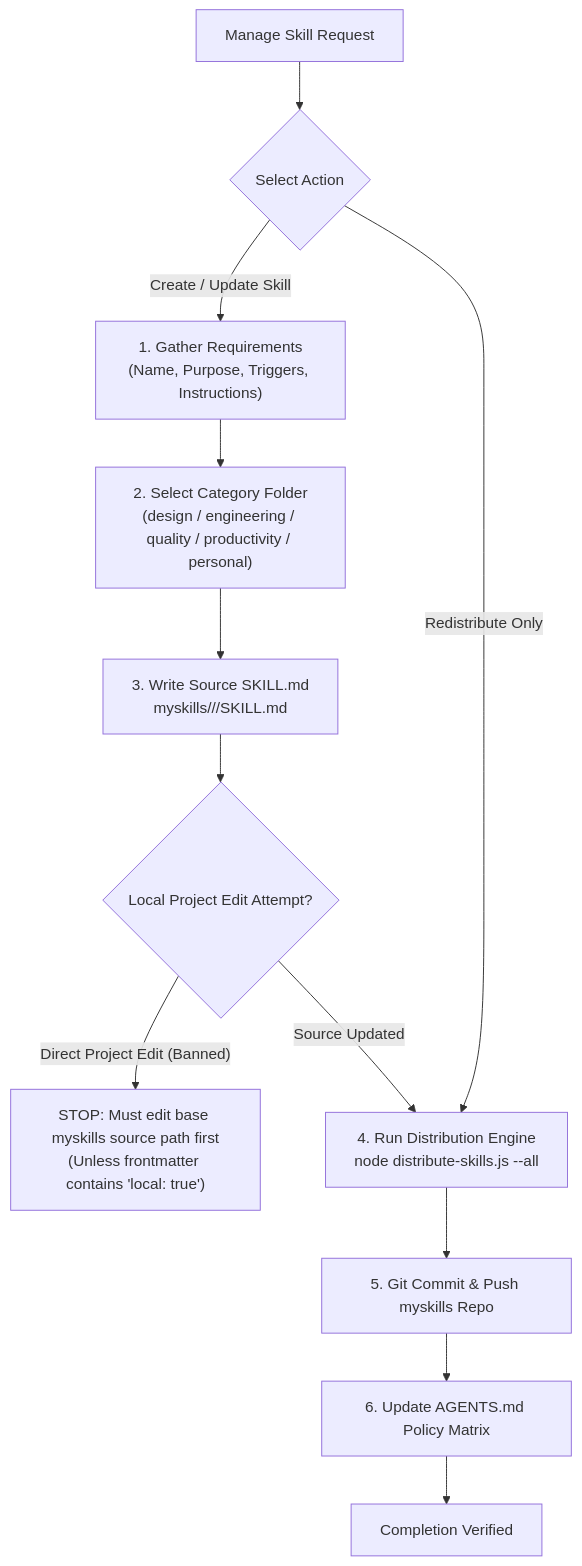
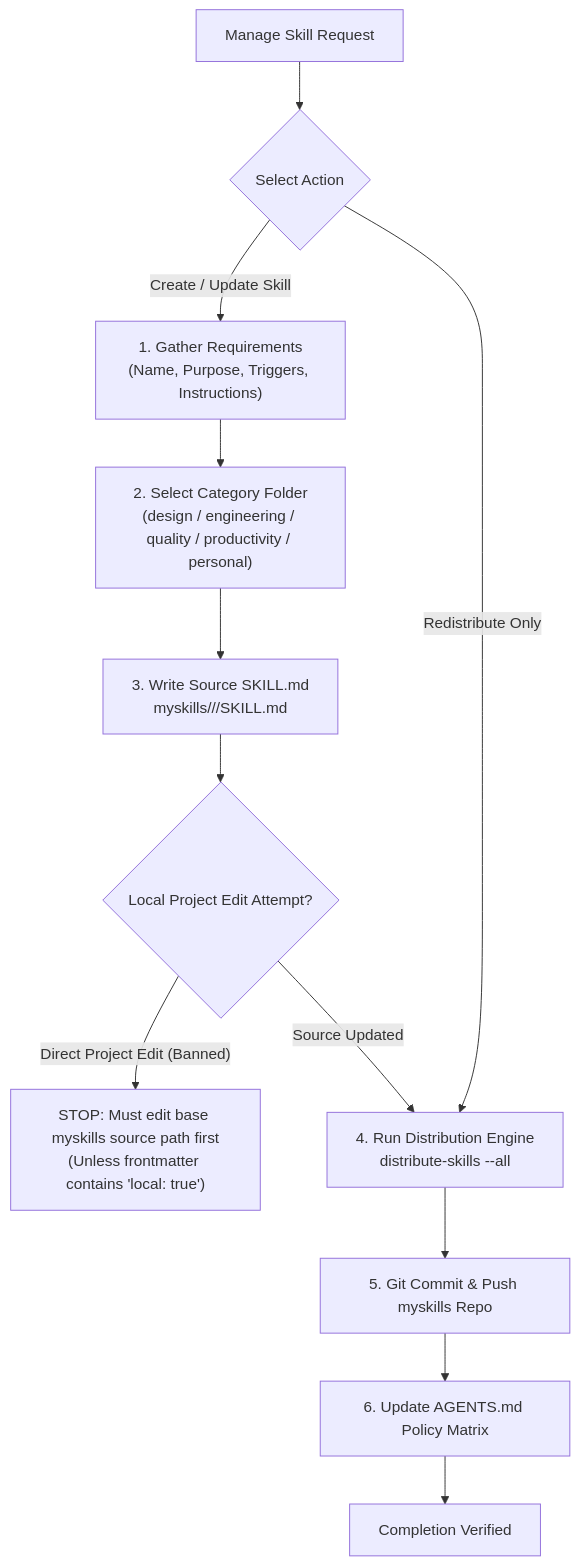
One commit to loerei/myskills changed the diagram in productivity/manage-custom-skills/SKILL.md. Above: the diagram before and after it, drawn with Mermaid. The commit also changed other lines of this file and 9 other files, not shown here.

First line of the commit message:
feat(cli): modularize distribute-skills into zero-dependency ESM package (#2)

````diff
--- a/productivity/manage-custom-skills/SKILL.md
+++ b/productivity/manage-custom-skills/SKILL.md
@@ -14,17 +14,17 @@
 ```mermaid
 flowchart TD
     Start["Manage Skill Request"] --> CheckAction{"Select Action"}
     
     CheckAction -->|"Create / Update Skill"| GatherReq["1. Gather Requirements<br/>(Name, Purpose, Triggers, Instructions)"]
     GatherReq --> PickCat["2. Select Category Folder<br/>(design / engineering / quality / productivity / personal)"]
     PickCat --> WriteSource["3. Write Source SKILL.md<br/>myskills/<category>/<skill-name>/SKILL.md"]
     WriteSource --> CheckLocal{"Local Project Edit Attempt?"}
     CheckLocal -->|"Direct Project Edit (Banned)"| BlockLocal["STOP: Must edit base myskills source path first<br/>(Unless frontmatter contains 'local: true')"]
-    CheckLocal -->|"Source Updated"| Distribute["4. Run Distribution Engine<br/>node distribute-skills.js --all <projects-dir>"]
+    CheckLocal -->|"Source Updated"| Distribute["4. Run Distribution Engine<br/>distribute-skills --all <projects-dir>"]
     
     CheckAction -->|"Redistribute Only"| Distribute
     
     Distribute --> PushGit["5. Git Commit & Push myskills Repo"]
     PushGit --> UpdateMatrix["6. Update AGENTS.md Policy Matrix"]
     UpdateMatrix --> Done["Completion Verified"]
 ```
````
